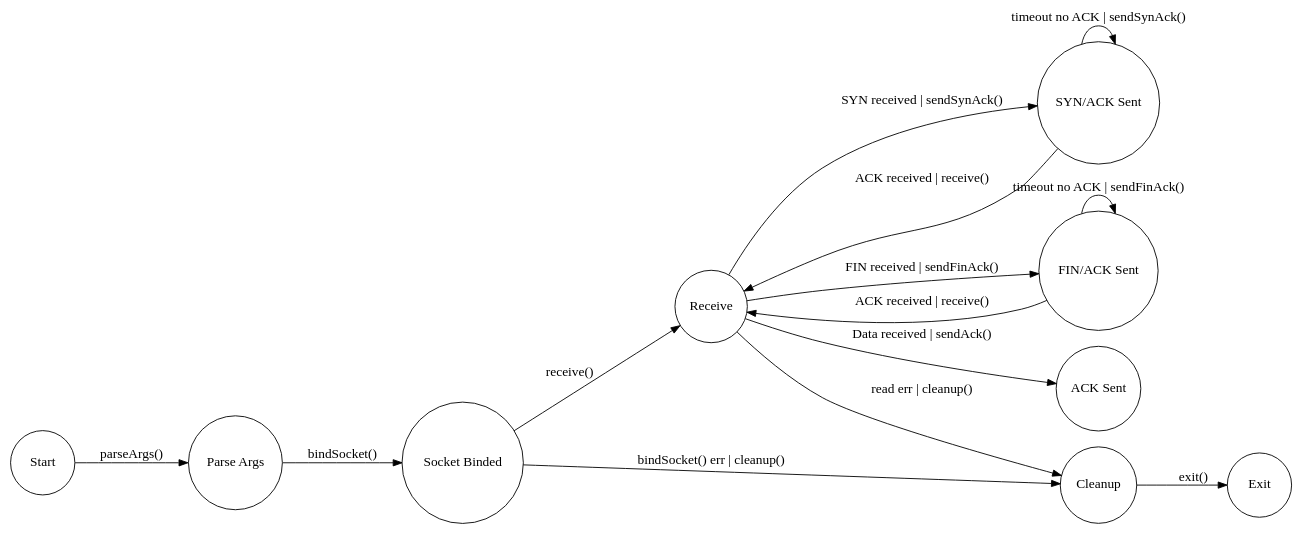
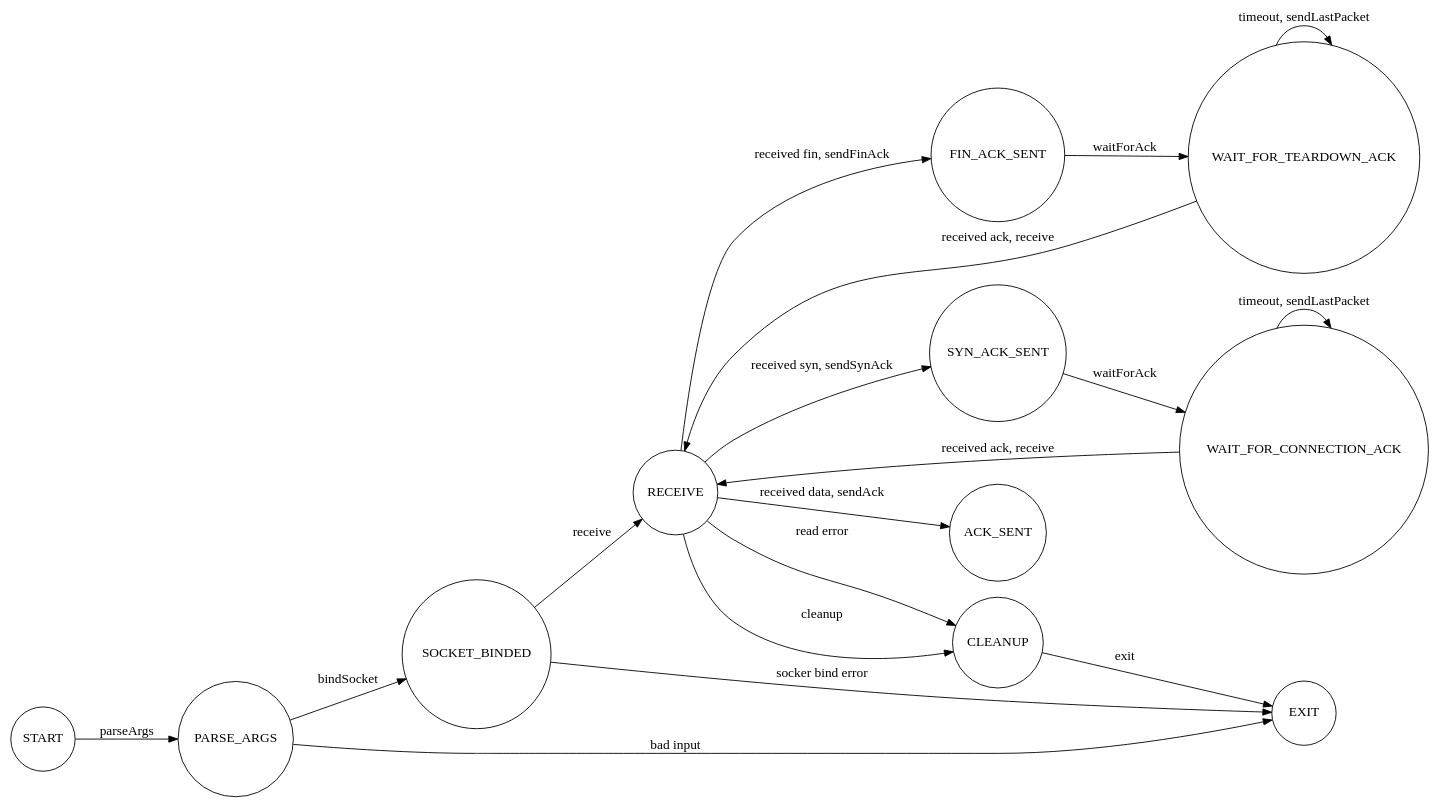
Before and after one commit to inaguu/comp7005_project: the diagram in diagrams/server.gv, drawn with Graphviz. The commit also changed 2 other files, not shown here.

Commit message:
feat: finish fsm diagrams

```diff
--- a/diagrams/server.gv
+++ b/diagrams/server.gv
@@ -1,37 +1,39 @@
 digraph Server {
   node [shape = circle; fontsize = 15; width = 1; height = 1;];
   edge [fontsize = 15;];
   
   rankdir = "LR";
   
   // States
-  Start [label = "Start";];
-  Parse_Args [label = "Parse Args";];
-  Socket_Binded [label = "Socket Binded";];
-  Receive [label = "Receive";];
-  SYN_ACK_SENT [label = "SYN/ACK Sent";];
-  FIN_ACK_SENT [label = "FIN/ACK Sent";];
-  ACK_SENT [label = "ACK Sent";];
+  START;
+  PARSE_ARGS;
+  SOCKET_BINDED;
+  RECEIVE;
+  SYN_ACK_SENT;
+  WAIT_FOR_CONNECTION_ACK;
+  WAIT_FOR_TEARDOWN_ACK;
+  FIN_ACK_SENT;
+  ACK_SENT;
+  CLEANUP;
+  EXIT;
   
-  Exit [label = "Exit";];
+  // Transitions
+  START -> PARSE_ARGS [label = "parseArgs";];
+  PARSE_ARGS -> SOCKET_BINDED [label = "bindSocket";];
+  SOCKET_BINDED -> RECEIVE [label = "receive";];
+  RECEIVE -> SYN_ACK_SENT [label = "received syn, sendSynAck";];
+  RECEIVE -> FIN_ACK_SENT [label = "received fin, sendFinAck";];
+  RECEIVE -> ACK_SENT [label = "received data, sendAck";];
+  SYN_ACK_SENT -> WAIT_FOR_CONNECTION_ACK [label = "waitForAck";];
+  WAIT_FOR_CONNECTION_ACK -> WAIT_FOR_CONNECTION_ACK [label = "timeout, sendLastPacket";];
+  WAIT_FOR_CONNECTION_ACK -> RECEIVE [label = "received ack, receive";];
+  FIN_ACK_SENT -> WAIT_FOR_TEARDOWN_ACK [label = "waitForAck";];
+  WAIT_FOR_TEARDOWN_ACK -> WAIT_FOR_TEARDOWN_ACK [label = "timeout, sendLastPacket";];
+  WAIT_FOR_TEARDOWN_ACK -> RECEIVE [label = "received ack, receive";];
+  RECEIVE -> CLEANUP [label = "cleanup";];
+  CLEANUP -> EXIT [label = "exit";];
   
-  
-  Start -> Parse_Args [label = "parseArgs()";];
-  Parse_Args -> Socket_Binded [label = "bindSocket()";];
-  Socket_Binded -> Receive [label = "receive()";];
-  
-  Receive -> SYN_ACK_SENT [label = "SYN received | sendSynAck()";];
-  SYN_ACK_SENT -> SYN_ACK_SENT [label = "timeout no ACK | sendSynAck()";];
-  SYN_ACK_SENT -> Receive [label = "ACK received | receive()";];
-  
-  Receive -> FIN_ACK_SENT [label = "FIN received | sendFinAck()";];
-  FIN_ACK_SENT -> FIN_ACK_SENT [label = "timeout no ACK | sendFinAck()";];
-  FIN_ACK_SENT -> Receive [label = "ACK received | receive()";];
-  
-  Receive -> ACK_SENT [label = "Data received | sendAck()";];
-  
-  Socket_Binded -> Cleanup [label = "bindSocket() err | cleanup()";];
-  Receive -> Cleanup [label = "read err | cleanup()";];
-  
-  Cleanup -> Exit [label = "exit()";];
+  PARSE_ARGS -> EXIT [label = "bad input";];
+  SOCKET_BINDED -> EXIT [label = "socker bind error";];
+  RECEIVE -> CLEANUP [label = "read error";];
 }
```
